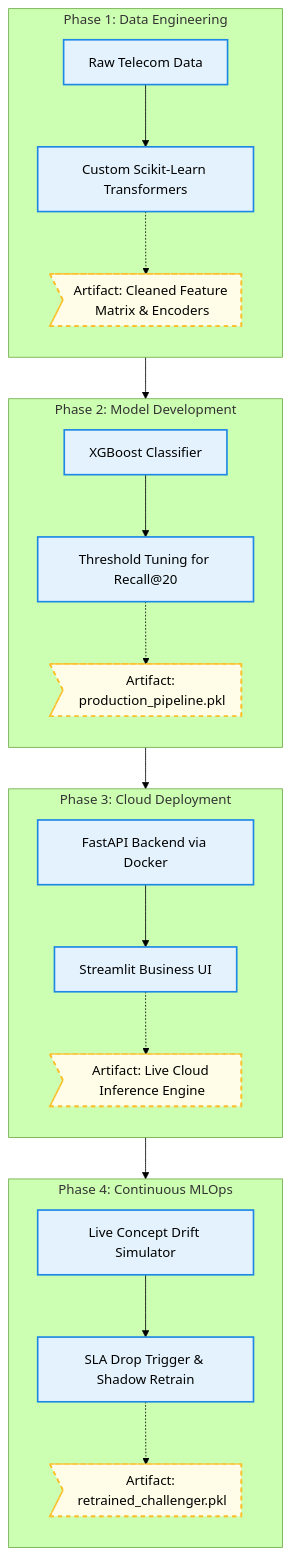
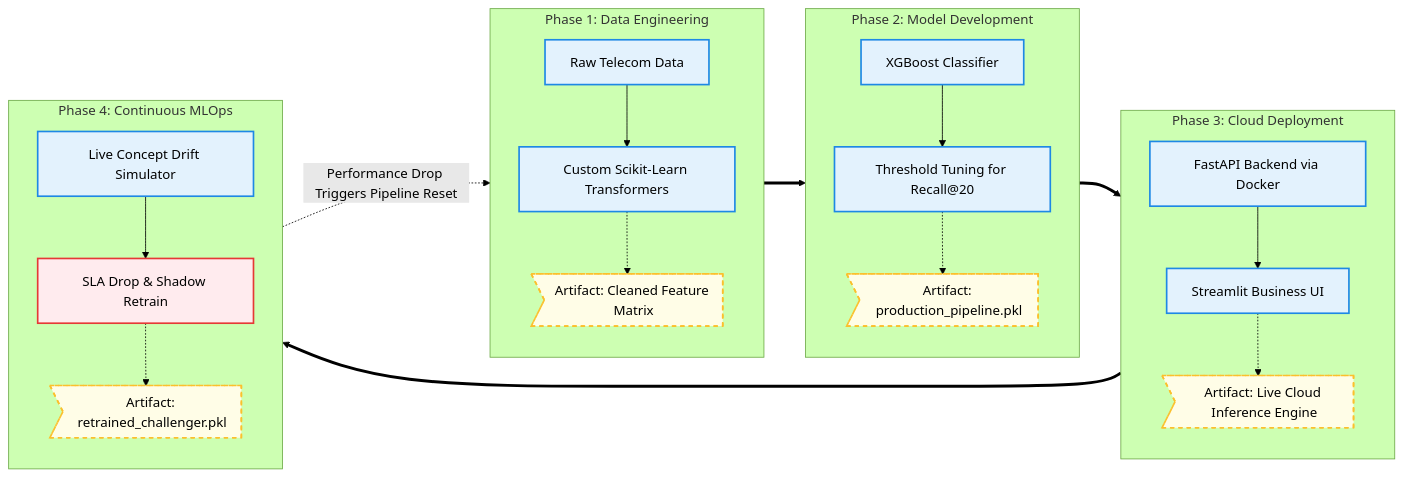
The second of 2 diagrams in README.md (Priyanshu-Upadhyay-27/end-to-end-churn-ml), drawn with Mermaid (forest theme) before and after one commit.

Commit message:
Update README with improved mermaid diagram syntax

````diff
--- a/README.md
+++ b/README.md
@@ -70,41 +70,48 @@
 ```mermaid
-graph TD
+graph LR
     %% Phase 1
     subgraph Phase 1: Data Engineering
         direction TB
         D1[Raw Telecom Data] --> D2[Custom Scikit-Learn Transformers]
-        D2 -.-> R1>Artifact: Cleaned Feature Matrix & Encoders]
+        D2 -.-> R1>Artifact: Cleaned Feature Matrix]
     end
 
     %% Phase 2
     subgraph Phase 2: Model Development
         direction TB
-        D2 --> M1[XGBoost Classifier]
-        M1 --> M2[Threshold Tuning for Recall@20]
+        M1[XGBoost Classifier] --> M2[Threshold Tuning for Recall@20]
         M2 -.-> R2>Artifact: production_pipeline.pkl]
     end
 
     %% Phase 3
     subgraph Phase 3: Cloud Deployment
         direction TB
-        M2 --> P1[FastAPI Backend via Docker]
-        P1 --> P2[Streamlit Business UI]
+        P1[FastAPI Backend via Docker] --> P2[Streamlit Business UI]
         P2 -.-> R3>Artifact: Live Cloud Inference Engine]
     end
 
     %% Phase 4
     subgraph Phase 4: Continuous MLOps
         direction TB
-        P2 --> O1[Live Concept Drift Simulator]
-        O1 --> O2[SLA Drop Trigger & Shadow Retrain]
+        O1[Live Concept Drift Simulator] --> O2[SLA Drop & Shadow Retrain]
         O2 -.-> R4>Artifact: retrained_challenger.pkl]
     end
+
+    %% The Main Core Flow (Thick Arrows linking the phases)
+    D2 ==> M1
+    M2 ==> P1
+    P2 ==> O1
+
+    %% The Continuous Feedback Loop
+    O2 -. "Performance Drop Triggers Pipeline Reset" .-> D1
 
     %% Styling Elements (Forced Black Text & Distinct Shapes)
     classDef default color:#000000;
     classDef process fill:#e3f2fd,stroke:#1e88e5,stroke-width:2px,color:#000000;
     classDef artifact fill:#fffde7,stroke:#fbc02d,stroke-width:2px,stroke-dasharray: 5 5,color:#000000;
+    classDef alert fill:#ffebee,stroke:#e53935,stroke-width:2px,color:#000000;
 
-    class D1,D2,M1,M2,P1,P2,O1,O2 process;
+    class D1,D2,M1,M2,P1,P2,O1 process;
     class R1,R2,R3,R4 artifact;
+    class O2 alert;
 ```
````
